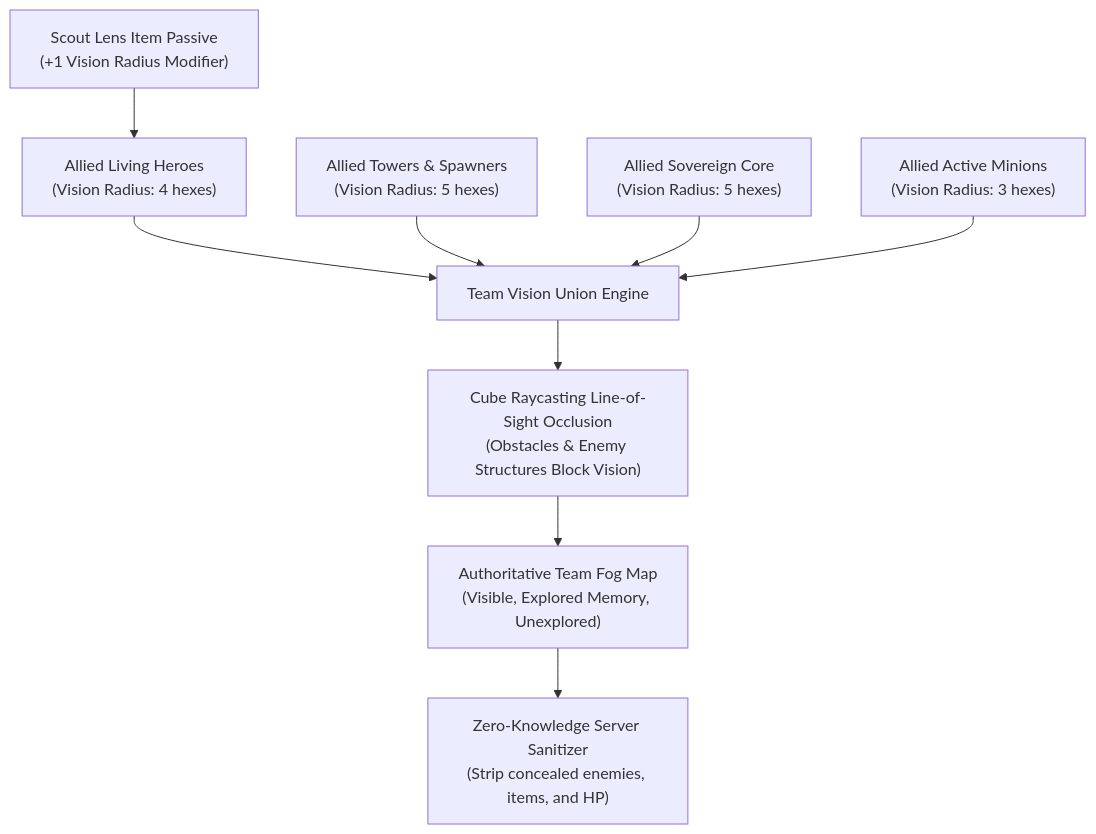
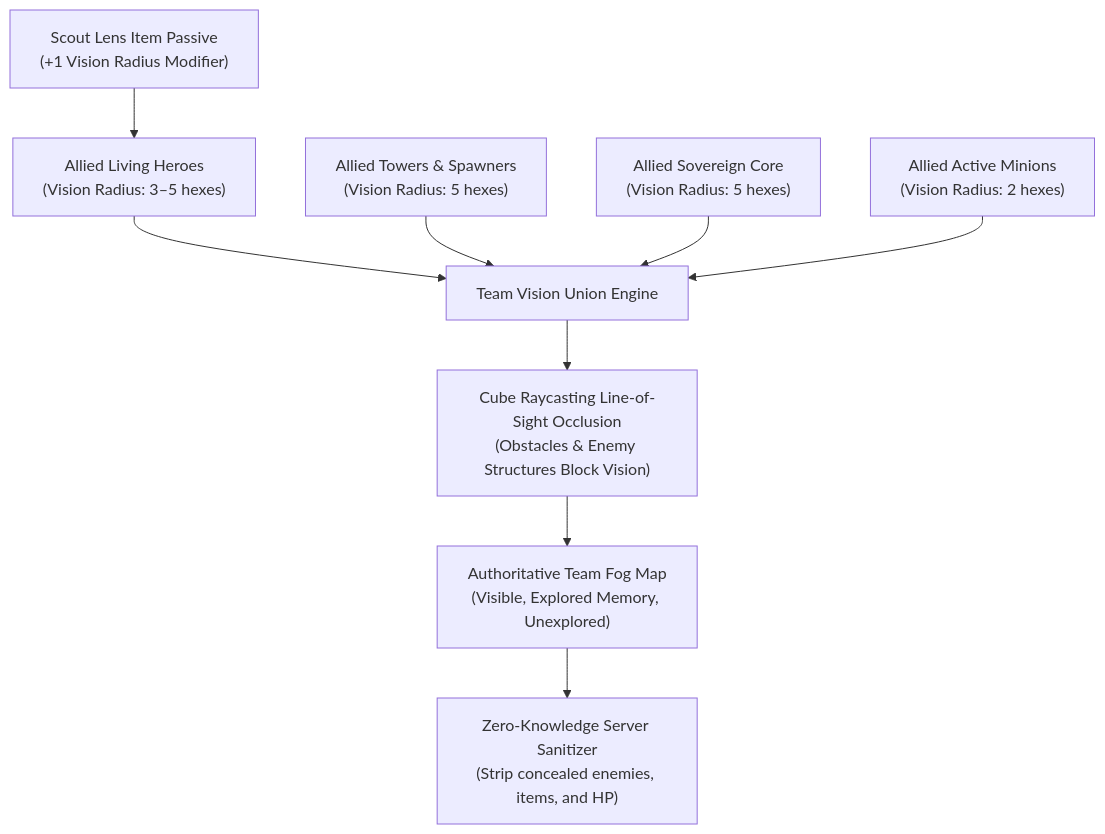
One commit to garnizeh/hexabellum changed the fifth of 11 diagrams in docs/overview.md. Above: the diagram before and after it, drawn with Mermaid. The commit also changed other lines of this file and 7 other files, not shown here.

````diff
--- a/docs/overview.md
+++ b/docs/overview.md
@@ -305,12 +305,12 @@
 ```mermaid
 flowchart TD
-    HEROES["Allied Living Heroes<br/>(Vision Radius: 4 hexes)"] --> UNION["Team Vision Union Engine"]
+    HEROES["Allied Living Heroes<br/>(Vision Radius: 3–5 hexes)"] --> UNION["Team Vision Union Engine"]
     TOWERS["Allied Towers & Spawners<br/>(Vision Radius: 5 hexes)"] --> UNION
     CORE["Allied Sovereign Core<br/>(Vision Radius: 5 hexes)"] --> UNION
-    MINIONS["Allied Active Minions<br/>(Vision Radius: 3 hexes)"] --> UNION
+    MINIONS["Allied Active Minions<br/>(Vision Radius: 2 hexes)"] --> UNION
     ITEMS["Scout Lens Item Passive<br/>(+1 Vision Radius Modifier)"] --> HEROES
     
     UNION --> LOS["Cube Raycasting Line-of-Sight Occlusion<br/>(Obstacles & Enemy Structures Block Vision)"]
     LOS --> FOG_MAP["Authoritative Team Fog Map<br/>(Visible, Explored Memory, Unexplored)"]
     FOG_MAP --> REDACT["Zero-Knowledge Server Sanitizer<br/>(Strip concealed enemies, items, and HP)"]
 ```
````
